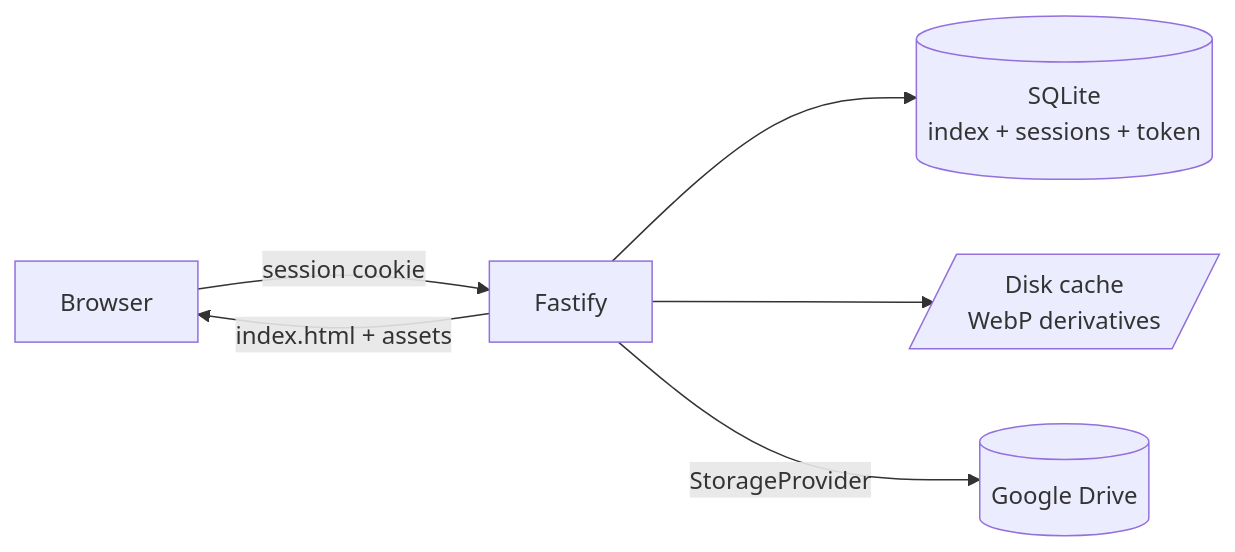
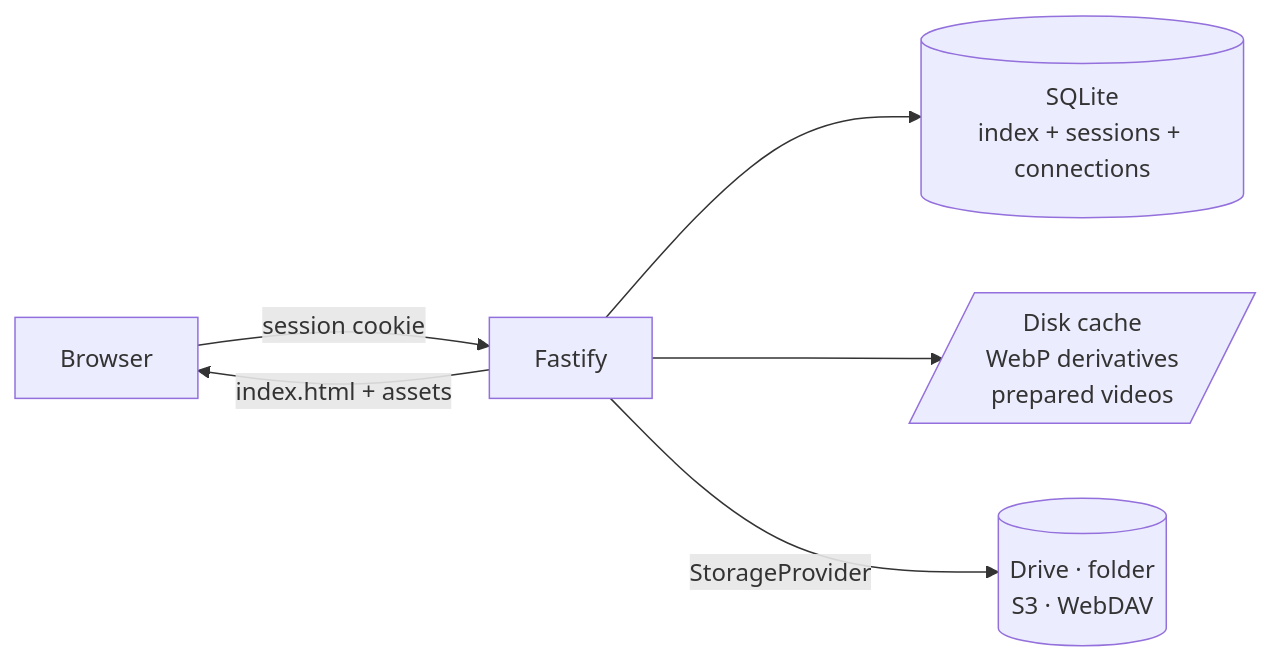
One commit to cr0cK/lukarn changed the first of 2 diagrams in specs/02-architecture.md. Above: the diagram before and after it, drawn with Mermaid. The commit also changed other lines of this file and 42 other files, not shown here.

````diff
--- a/specs/02-architecture.md
+++ b/specs/02-architecture.md
@@ -9,8 +9,8 @@
 ```mermaid
 flowchart LR
   N[Browser] -->|session cookie| F[Fastify]
-  F --> S[(SQLite<br/>index + sessions + token)]
-  F --> C[/Disk cache<br/>WebP derivatives/]
-  F -->|StorageProvider| G[(Google Drive)]
+  F --> S[(SQLite<br/>index + sessions + connections)]
+  F --> C[/Disk cache<br/>WebP derivatives<br/>prepared videos/]
+  F -->|StorageProvider| G[(Drive · folder<br/>S3 · WebDAV)]
   F -->|index.html + assets| N
 ```
````
